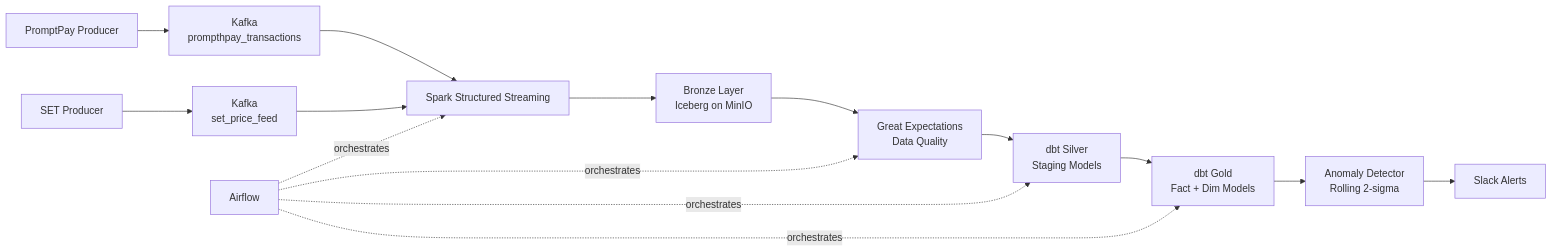
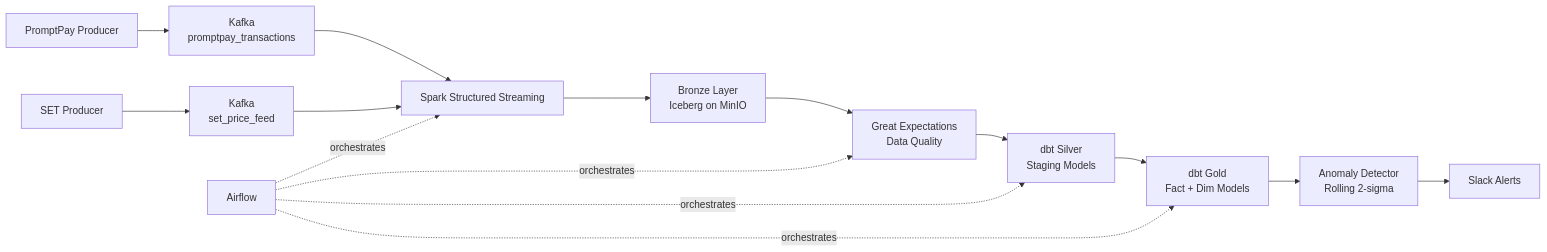
Before and after one commit to Khronossu/thai-findata-platform: the diagram in README.md, drawn with Mermaid.

Commit message:
fix: replace \n with <br/> in mermaid diagram, fix promptpay typo

````diff
--- a/README.md
+++ b/README.md
@@ -9,17 +9,17 @@
 ```mermaid
 graph LR
-    A[PromptPay Producer] --> K1[Kafka\nprompthpay_transactions]
-    B[SET Producer] --> K2[Kafka\nset_price_feed]
+    A[PromptPay Producer] --> K1[Kafka<br/>promptpay_transactions]
+    B[SET Producer] --> K2[Kafka<br/>set_price_feed]
     K1 --> C[Spark Structured Streaming]
     K2 --> C
-    C --> D[Bronze Layer\nIceberg on MinIO]
-    D --> E[Great Expectations\nData Quality]
-    E --> F[dbt Silver\nStaging Models]
-    F --> G[dbt Gold\nFact + Dim Models]
-    G --> H[Anomaly Detector\nRolling 2-sigma]
+    C --> D[Bronze Layer<br/>Iceberg on MinIO]
+    D --> E[Great Expectations<br/>Data Quality]
+    E --> F[dbt Silver<br/>Staging Models]
+    F --> G[dbt Gold<br/>Fact + Dim Models]
+    G --> H[Anomaly Detector<br/>Rolling 2-sigma]
     H --> I[Slack Alerts]
     J[Airflow] -.->|orchestrates| C
     J -.->|orchestrates| E
     J -.->|orchestrates| F
     J -.->|orchestrates| G
 ```
````
